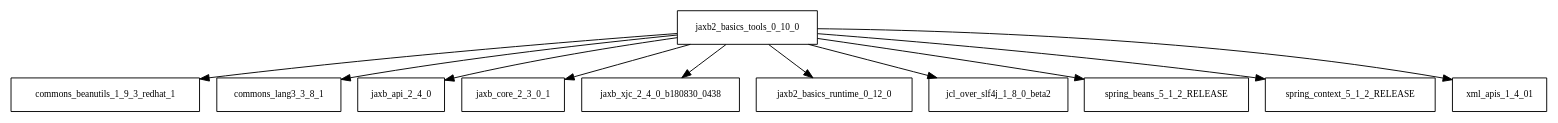
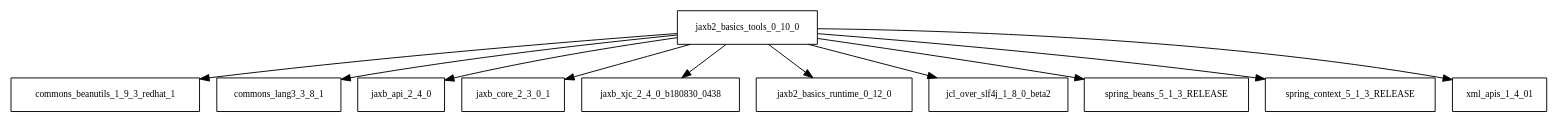
Before and after one commit to Hack23/cia: the diagram in tattleTaleReport/graphviz/jaxb2-basics-tools-0.10.0.jar/jaxb2-basics-tools-0.10.0.jar.dot, drawn with Graphviz. The commit also changed 3771 other files, not shown here.

```diff
--- a/tattleTaleReport/graphviz/jaxb2-basics-tools-0.10.0.jar/jaxb2-basics-tools-0.10.0.jar.dot
+++ b/tattleTaleReport/graphviz/jaxb2-basics-tools-0.10.0.jar/jaxb2-basics-tools-0.10.0.jar.dot
@@ -1,13 +1,13 @@
 digraph jaxb2_basics_tools_0_10_0_dependencies {
   node [shape = box, fontsize=10.0];
   jaxb2_basics_tools_0_10_0 -> commons_beanutils_1_9_3_redhat_1;
   jaxb2_basics_tools_0_10_0 -> commons_lang3_3_8_1;
   jaxb2_basics_tools_0_10_0 -> jaxb_api_2_4_0;
   jaxb2_basics_tools_0_10_0 -> jaxb_core_2_3_0_1;
   jaxb2_basics_tools_0_10_0 -> jaxb_xjc_2_4_0_b180830_0438;
   jaxb2_basics_tools_0_10_0 -> jaxb2_basics_runtime_0_12_0;
   jaxb2_basics_tools_0_10_0 -> jcl_over_slf4j_1_8_0_beta2;
-  jaxb2_basics_tools_0_10_0 -> spring_beans_5_1_2_RELEASE;
-  jaxb2_basics_tools_0_10_0 -> spring_context_5_1_2_RELEASE;
+  jaxb2_basics_tools_0_10_0 -> spring_beans_5_1_3_RELEASE;
+  jaxb2_basics_tools_0_10_0 -> spring_context_5_1_3_RELEASE;
   jaxb2_basics_tools_0_10_0 -> xml_apis_1_4_01;
 }
```
